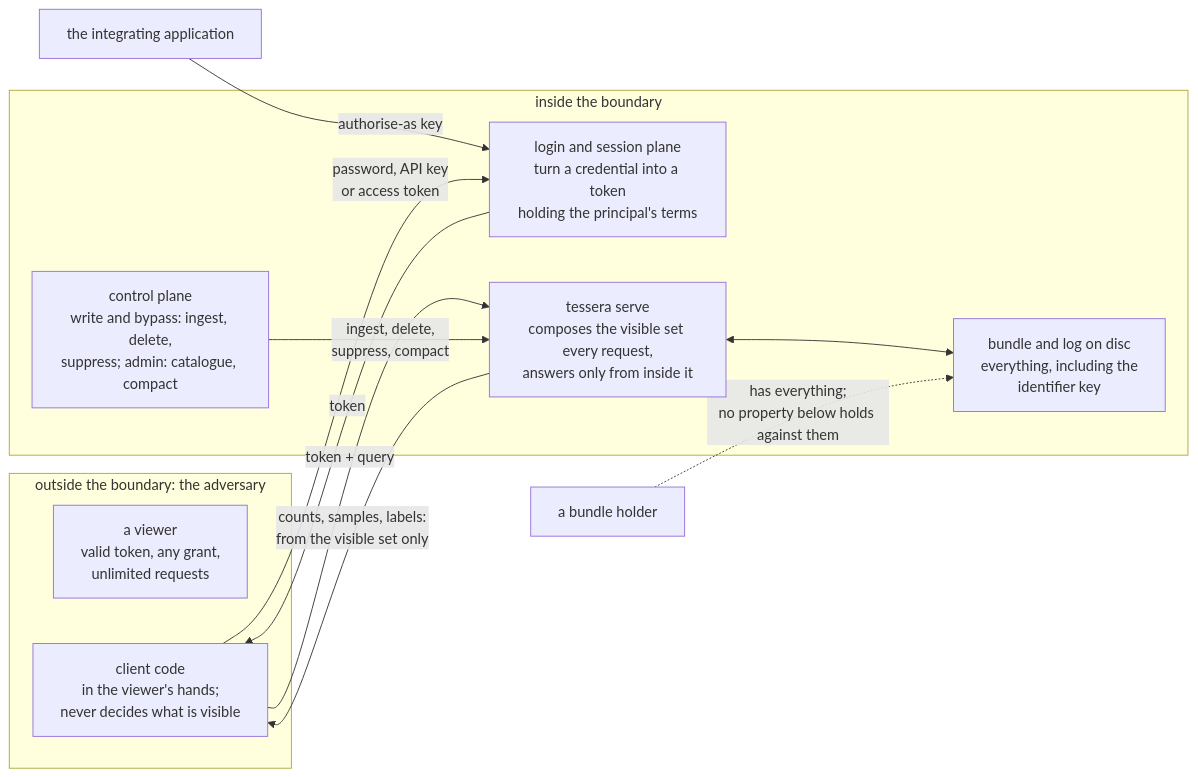
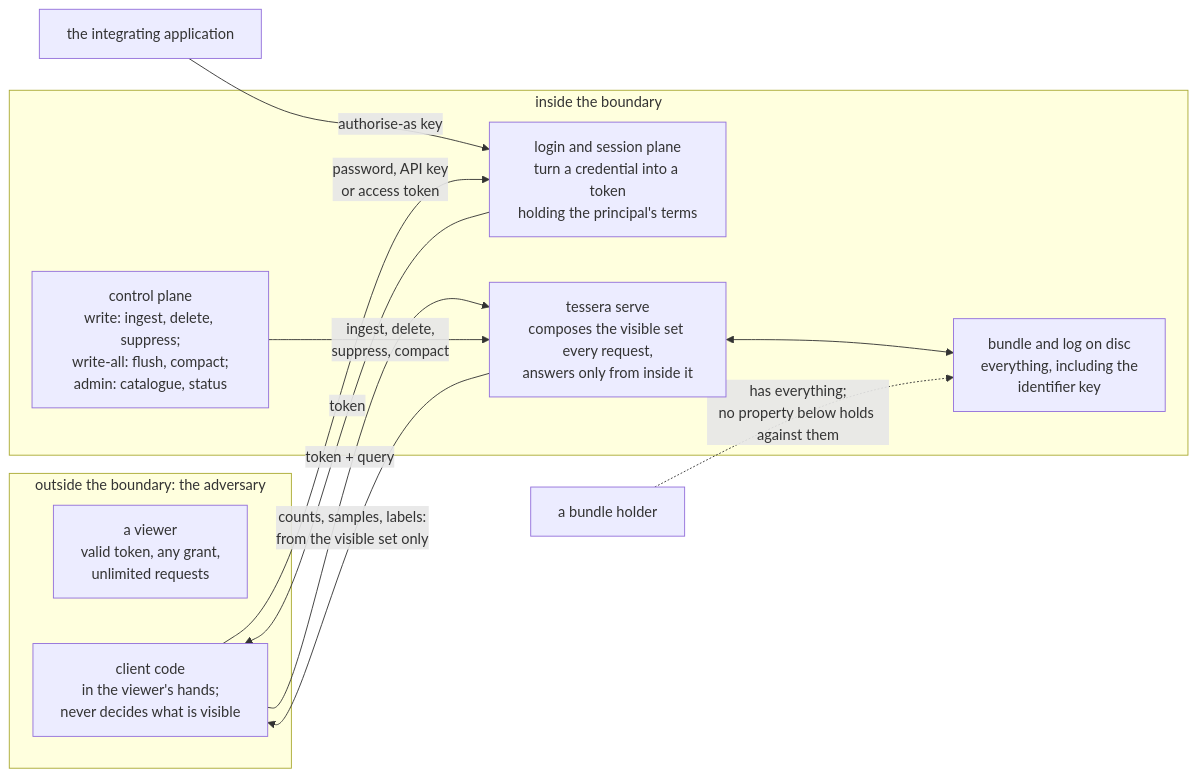
One commit to jennis0/tesseradb changed the diagram in docs/system/security.md. Above: the diagram before and after it, drawn with Mermaid. The commit also changed other lines of this file and 10 other files, not shown here.

First line of the commit message:
Docs: read-all, write-all and the operator's two session forms; the catalogue in the guides

````diff
--- a/docs/system/security.md
+++ b/docs/system/security.md
@@ -50,24 +70,24 @@
 ```mermaid
 flowchart LR
   subgraph untrusted["outside the boundary: the adversary"]
     viewer["a viewer<br/>valid token, any grant,<br/>unlimited requests"]
     client["client code<br/>in the viewer's hands;<br/>never decides what is visible"]
   end
 
   subgraph trusted["inside the boundary"]
     session["login and session plane<br/>turn a credential into a token<br/>holding the principal's terms"]
     serve["tessera serve<br/>composes the visible set every request,<br/>answers only from inside it"]
-    control["control plane<br/>write and bypass: ingest, delete,<br/>suppress; admin: catalogue, compact"]
+    control["control plane<br/>write: ingest, delete, suppress;<br/>write-all: flush, compact;<br/>admin: catalogue, status"]
     bundle["bundle and log on disc<br/>everything, including the<br/>identifier key"]
   end
 
   issuer["the integrating application"] -- "authorise-as key" --> session
   client -- "password, API key<br/>or access token" --> session
   session -- "token" --> client
   client -- "token + query" --> serve
   serve -- "counts, samples, labels:<br/>from the visible set only" --> client
   control -- "ingest, delete,<br/>suppress, compact" --> serve
   serve <--> bundle
 
   holder["a bundle holder"] -. "has everything;<br/>no property below holds against them" .-> bundle
 ```
````
